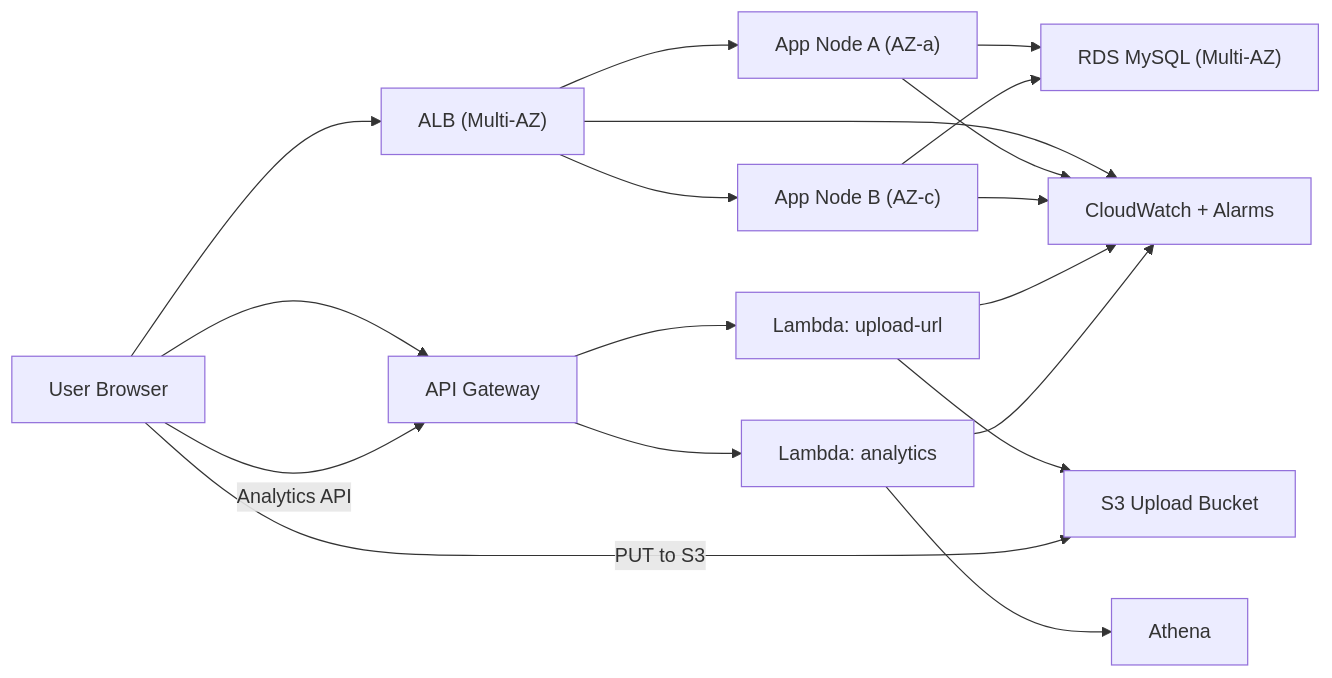
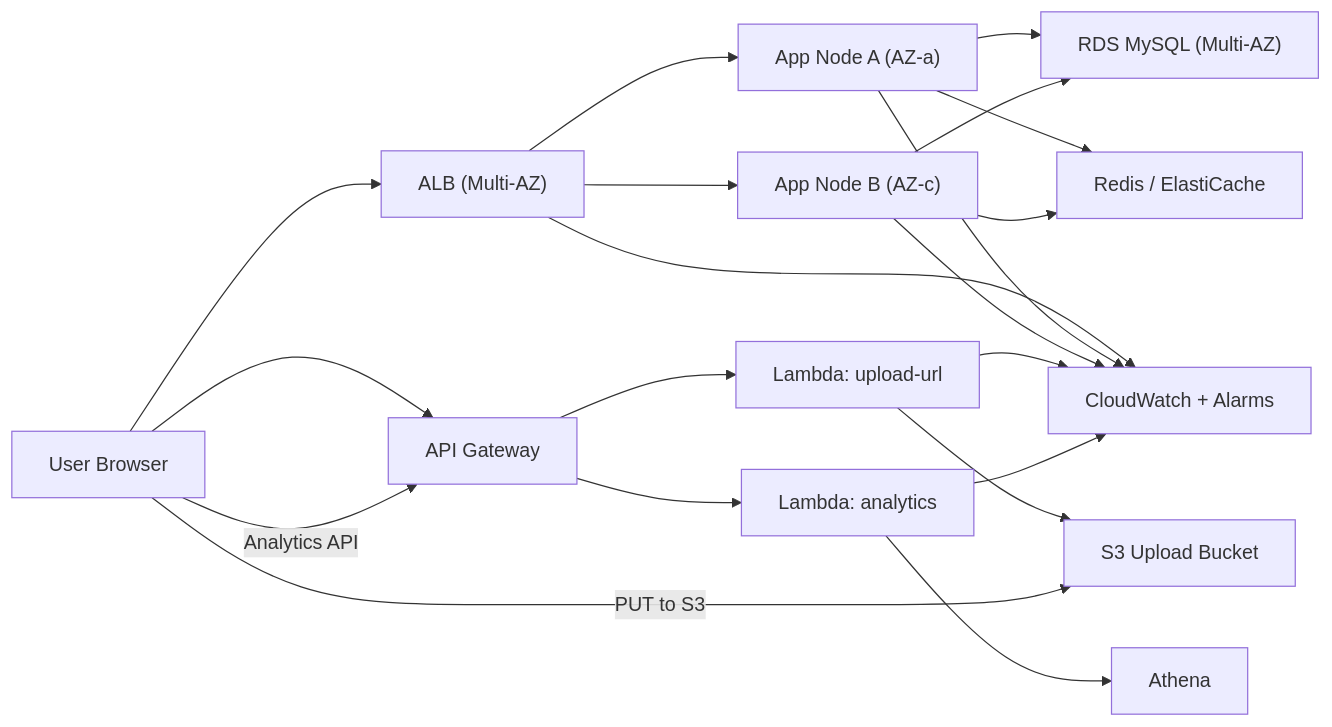
Before and after one commit to hahark-ops/2-junsu-community-be: the second of 2 diagrams in docs/REPORT_NOTION_DRAFT.md, drawn with Mermaid. The commit also changed other lines of this file and 24 other files, not shown here.

````diff
--- a/docs/REPORT_NOTION_DRAFT.md
+++ b/docs/REPORT_NOTION_DRAFT.md
@@ -99,35 +105,38 @@
 ```mermaid
 flowchart LR
     U["User Browser"]
     ALB["ALB (Multi-AZ)"]
     ASG1["App Node A (AZ-a)"]
     ASG2["App Node B (AZ-c)"]
     RDS["RDS MySQL (Multi-AZ)"]
+    REDIS["Redis / ElastiCache"]
     APIGW["API Gateway"]
     LUP["Lambda: upload-url"]
     LAN["Lambda: analytics"]
     S3["S3 Upload Bucket"]
     ATH["Athena"]
     CW["CloudWatch + Alarms"]
 
     U --> ALB
     ALB --> ASG1
     ALB --> ASG2
     ASG1 --> RDS
     ASG2 --> RDS
+    ASG1 --> REDIS
+    ASG2 --> REDIS
 
     U --> APIGW
     APIGW --> LUP
     LUP --> S3
     U -->|"PUT to S3"| S3
 
     U -->|"Analytics API"| APIGW
     APIGW --> LAN
     LAN --> ATH
 
     ALB --> CW
     ASG1 --> CW
     ASG2 --> CW
     LUP --> CW
     LAN --> CW
 ```
````
